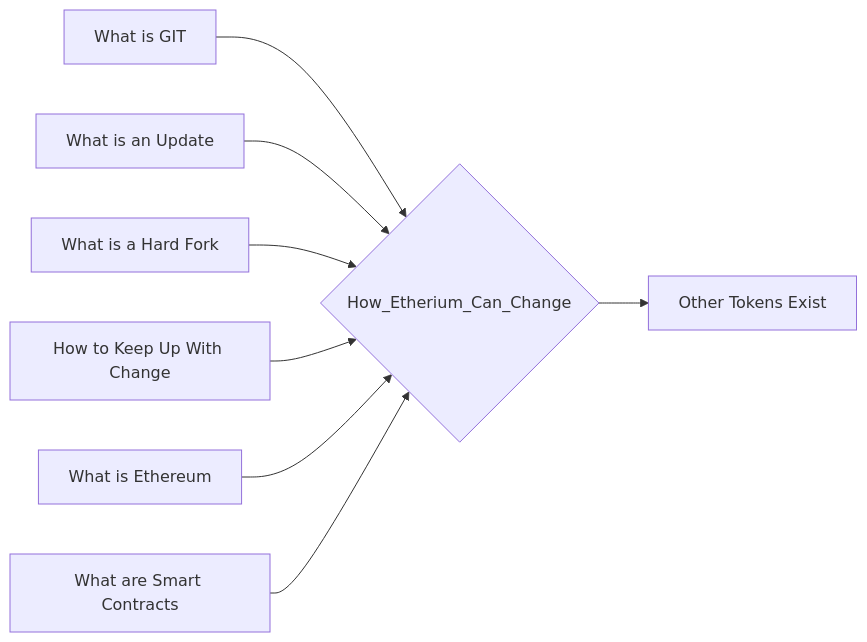
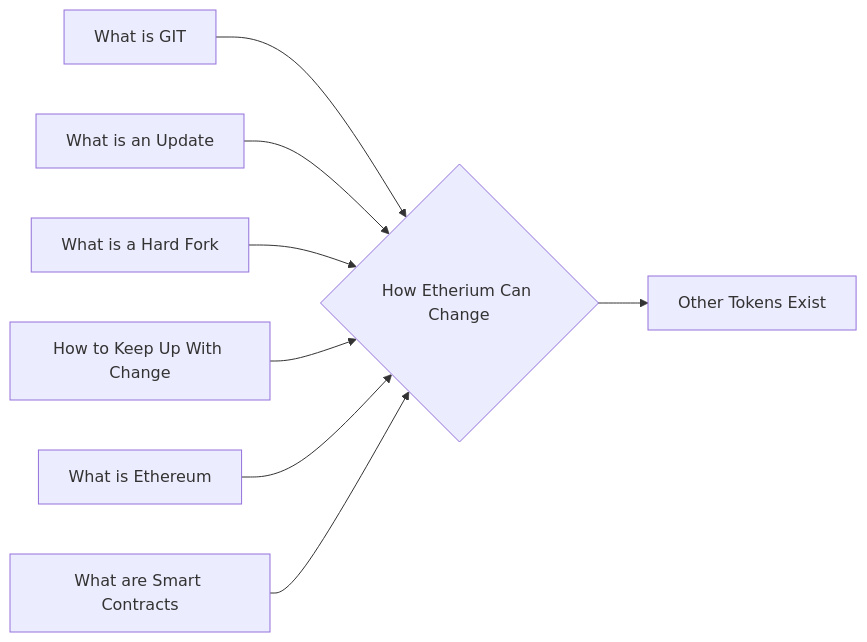
One commit to lpurdy01/crypto-knowledge-map changed the diagram in notes/How_Etherium_Can_Change.md. Above: the diagram before and after it, drawn with Mermaid. The commit also changed 58 other files, not shown here.

````diff
--- a/notes/How_Etherium_Can_Change.md
+++ b/notes/How_Etherium_Can_Change.md
@@ -21,10 +21,10 @@
 ```mermaid
 graph LR
-1["What is GIT"]-->0{"How_Etherium_Can_Change"}
-2["What is an Update"]-->0{"How_Etherium_Can_Change"}
-3["What is a Hard Fork"]-->0{"How_Etherium_Can_Change"}
-4["How to Keep Up With Change"]-->0{"How_Etherium_Can_Change"}
-5["What is Ethereum"]-->0{"How_Etherium_Can_Change"}
-6["What are Smart Contracts"]-->0{"How_Etherium_Can_Change"}
-0{"How_Etherium_Can_Change"}-->7["Other Tokens Exist"]
+1["What is GIT"]-->0{"How Etherium Can Change"}
+2["What is an Update"]-->0{"How Etherium Can Change"}
+3["What is a Hard Fork"]-->0{"How Etherium Can Change"}
+4["How to Keep Up With Change"]-->0{"How Etherium Can Change"}
+5["What is Ethereum"]-->0{"How Etherium Can Change"}
+6["What are Smart Contracts"]-->0{"How Etherium Can Change"}
+0{"How Etherium Can Change"}-->7["Other Tokens Exist"]
 ```
````
